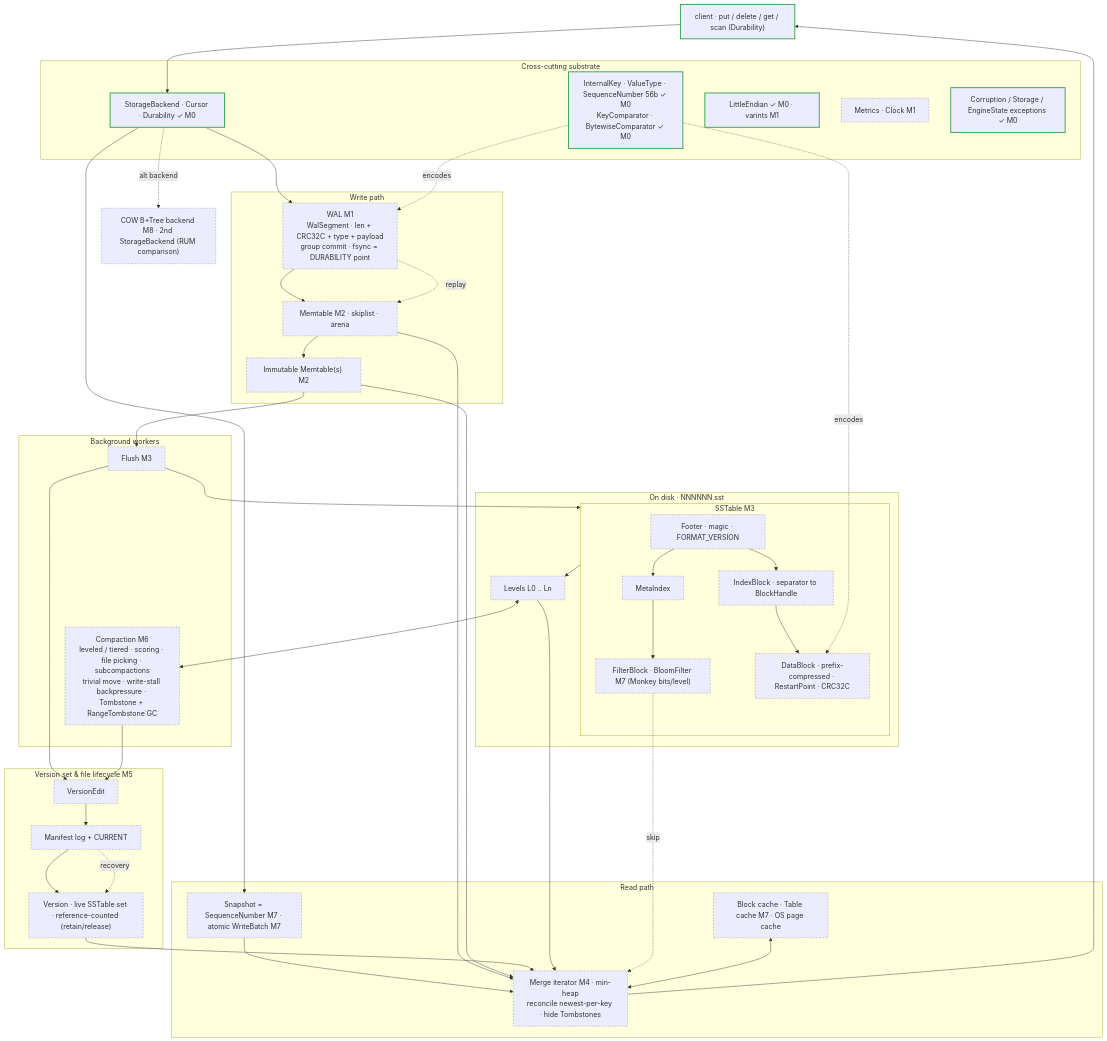
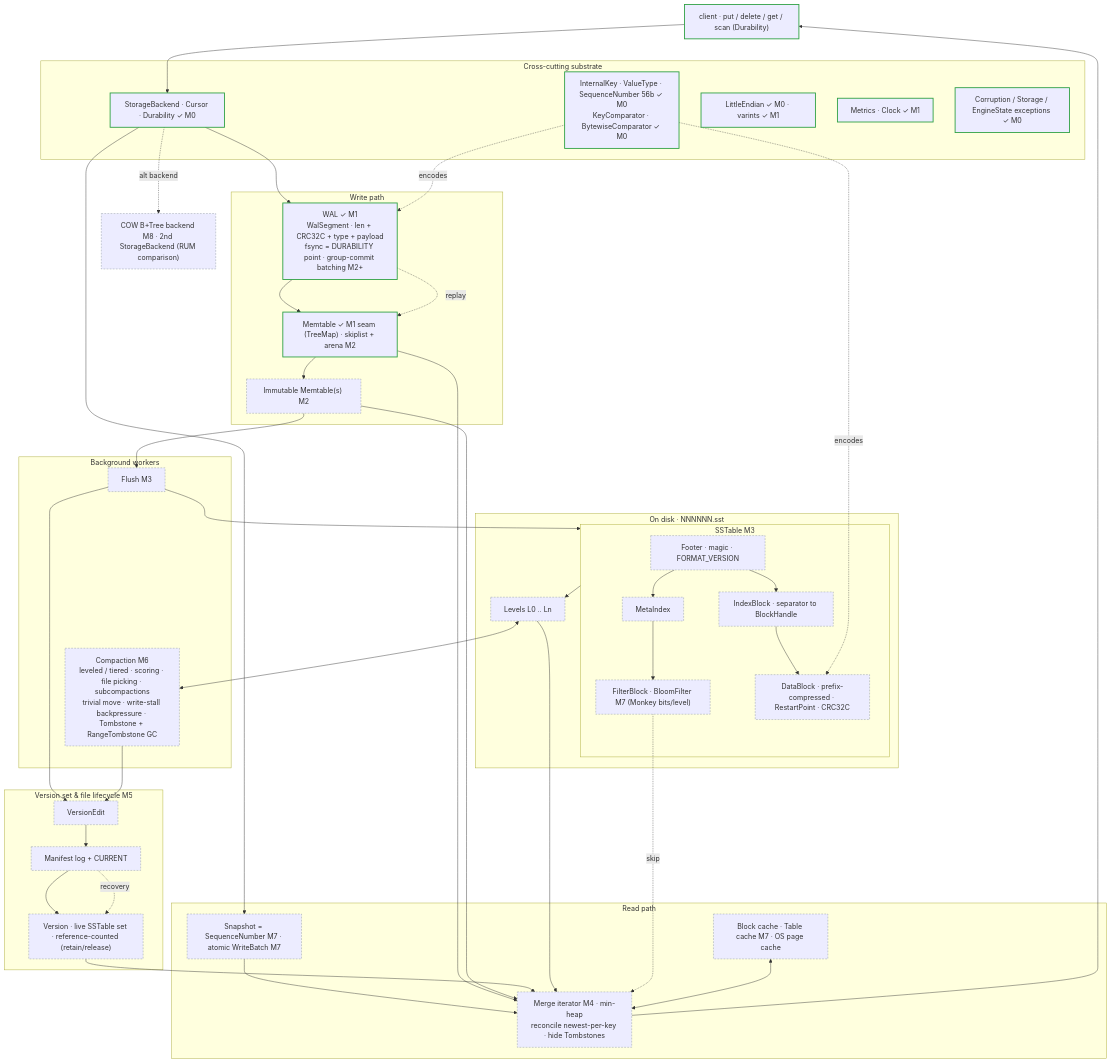
The second of 6 diagrams in README.md (rahul-j0shi/shale), drawn with Mermaid before and after one commit. The commit also changed other lines of this file and 1 other file, not shown here.

First line of the commit message:
docs(docs): M1 release note and README status/diagram update

````diff
--- a/README.md
+++ b/README.md
@@ -96,82 +98,82 @@
 ```mermaid
 flowchart TB
   client["client · put / delete / get / scan (Durability)"]:::done
 
   subgraph xcut["Cross-cutting substrate"]
     spi["StorageBackend · Cursor · Durability ✓ M0"]:::done
     keyz["InternalKey · ValueType · SequenceNumber 56b ✓ M0<br/>KeyComparator · BytewiseComparator ✓ M0"]:::done
-    codez["LittleEndian ✓ M0 · varints M1"]:::done
-    obs["Metrics · Clock M1"]:::plan
+    codez["LittleEndian ✓ M0 · varints ✓ M1"]:::done
+    obs["Metrics · Clock ✓ M1"]:::done
     errs["Corruption / Storage / EngineState exceptions ✓ M0"]:::done
   end
 
   subgraph wpath["Write path"]
-    wal["WAL M1<br/>WalSegment · len + CRC32C + type + payload<br/>group commit · fsync = DURABILITY point"]:::plan
-    mem["Memtable M2 · skiplist · arena"]:::plan
+    wal["WAL ✓ M1<br/>WalSegment · len + CRC32C + type + payload<br/>fsync = DURABILITY point · group-commit batching M2+"]:::done
+    mem["Memtable ✓ M1 seam (TreeMap) · skiplist + arena M2"]:::done
     imm["Immutable Memtable(s) M2"]:::plan
   end
 
   subgraph bg["Background workers"]
     flush["Flush M3"]:::plan
     comp["Compaction M6<br/>leveled / tiered · scoring · file picking · subcompactions<br/>trivial move · write-stall backpressure · Tombstone + RangeTombstone GC"]:::plan
   end
 
   subgraph store["On disk · NNNNNN.sst"]
     subgraph sstable["SSTable M3"]
       ft["Footer · magic · FORMAT_VERSION"]:::plan
       idx["IndexBlock · separator to BlockHandle"]:::plan
       mi["MetaIndex"]:::plan
       fb["FilterBlock · BloomFilter M7 (Monkey bits/level)"]:::plan
       db["DataBlock · prefix-compressed · RestartPoint · CRC32C"]:::plan
     end
     lvl["Levels L0 .. Ln"]:::plan
   end
 
   subgraph vers["Version set & file lifecycle M5"]
     edit["VersionEdit"]:::plan
     man["Manifest log + CURRENT"]:::plan
     ver["Version · live SSTable set · reference-counted (retain/release)"]:::plan
   end
 
   subgraph rpath["Read path"]
     snap["Snapshot = SequenceNumber M7 · atomic WriteBatch M7"]:::plan
     merge["Merge iterator M4 · min-heap<br/>reconcile newest-per-key · hide Tombstones"]:::plan
     cache["Block cache · Table cache M7 · OS page cache"]:::plan
   end
 
   bpt["COW B+Tree backend M8 · 2nd StorageBackend (RUM comparison)"]:::plan
 
   client --> spi
   spi --> wal
   wal --> mem
   mem --> imm
   imm --> flush
   flush --> sstable
   sstable --> lvl
   ft --> idx
   ft --> mi
   idx --> db
   mi --> fb
   flush --> edit
   comp --> edit
   lvl <--> comp
   edit --> man
   man --> ver
   spi --> snap
   snap --> merge
   mem --> merge
   imm --> merge
   ver --> merge
   lvl --> merge
   fb -. skip .-> merge
   cache <--> merge
   merge --> client
   man -. recovery .-> ver
   wal -. replay .-> mem
   keyz -. encodes .-> wal
   keyz -. encodes .-> db
   spi -. alt backend .-> bpt
 
   classDef done stroke:#2ea043,stroke-width:2px;
   classDef plan stroke:#8b949e,stroke-width:1px,stroke-dasharray:4 3;
 ```
````
